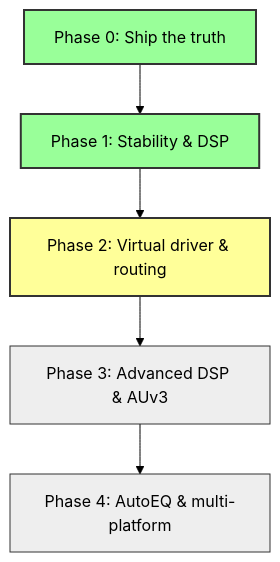
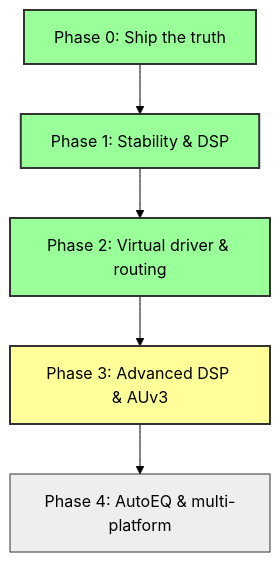
One commit to oznksc/OpenEQ changed the diagram in docs/MASTER_PLAN.md. Above: the diagram before and after it, drawn with Mermaid (forest theme). The commit also changed other lines of this file and 18 other files, not shown here.

````diff
--- a/docs/MASTER_PLAN.md
+++ b/docs/MASTER_PLAN.md
@@ -52,15 +58,15 @@
 ```mermaid
 graph TD
     classDef done fill:#9f9,stroke:#333,stroke-width:2px;
     classDef next fill:#ff9,stroke:#333,stroke-width:2px;
     classDef later fill:#eee,stroke:#333,stroke-width:1px;
 
     A[Phase 0: Ship the truth] --> B[Phase 1: Stability & DSP]
     B --> C[Phase 2: Virtual driver & routing]
     C --> D[Phase 3: Advanced DSP & AUv3]
     D --> E[Phase 4: AutoEQ & multi-platform]
 
-    class A,B done;
-    class C next;
-    class D,E later;
+    class A,B,C done;
+    class D next;
+    class E later;
 ```
````
